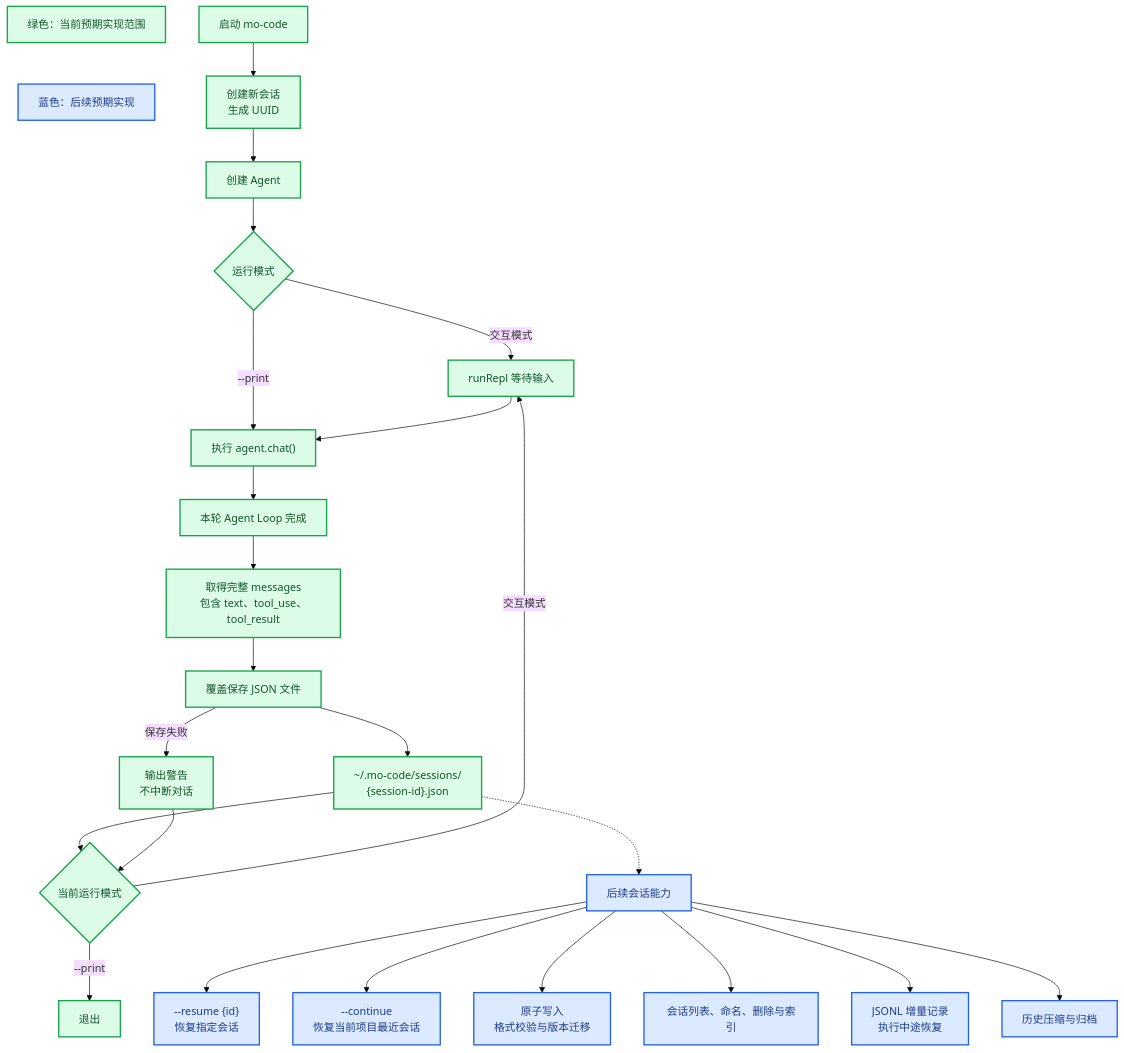
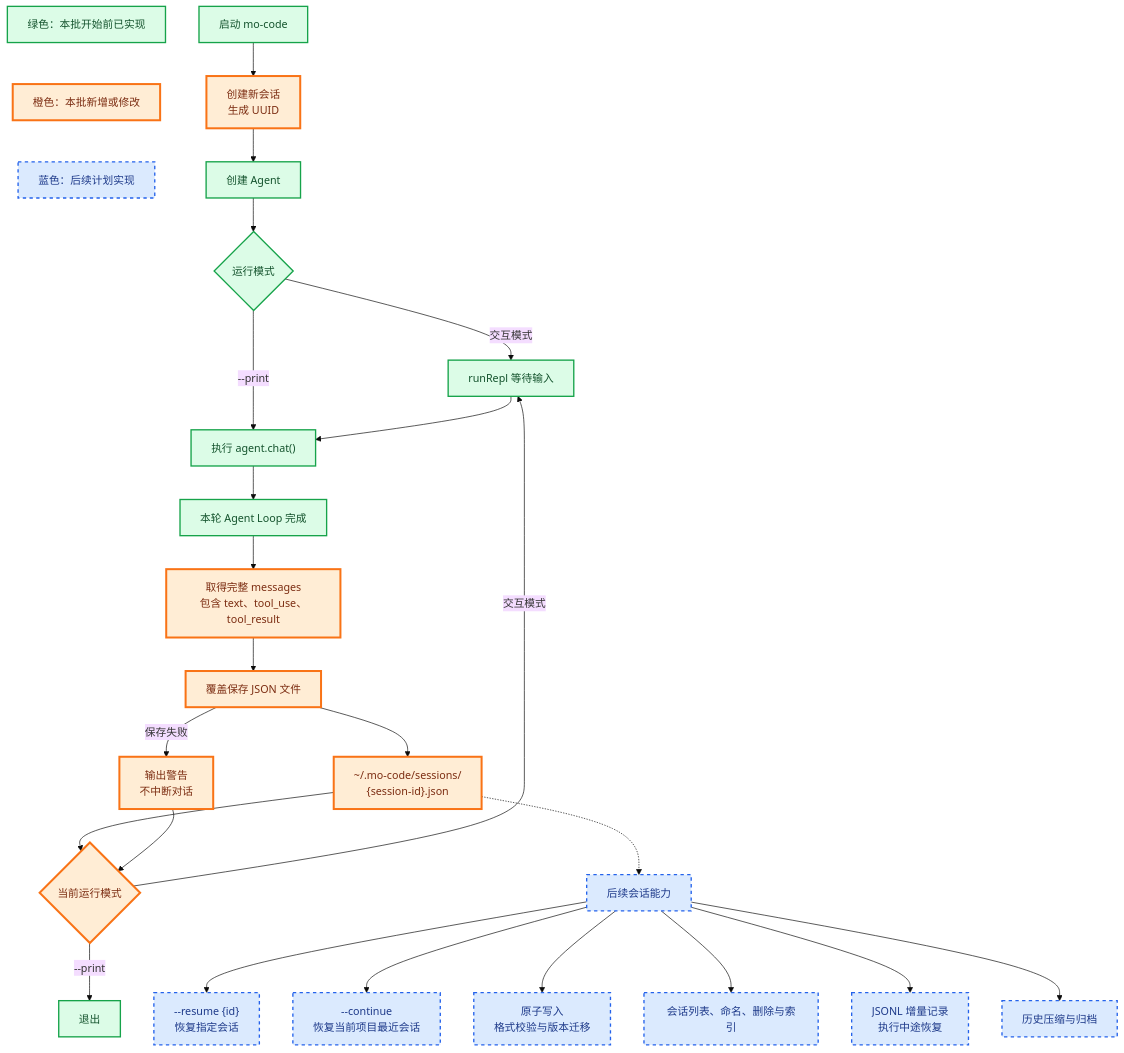
Before and after one commit to wenxuezj-design/mo-code: the third of 5 diagrams in docs/notes/0.4 CLI 与会话 实现笔记.md, drawn with Mermaid (base theme). The commit also changed other lines of this file and 5 other files, not shown here.

````diff
--- a/docs/notes/0.4 CLI 与会话 实现笔记.md
+++ b/docs/notes/0.4 CLI 与会话 实现笔记.md
@@ -201,37 +204,39 @@
 ```mermaid
 flowchart TD
-    LEGEND_NOW["绿色：当前预期实现范围"] ~~~ LEGEND_LATER["蓝色：后续预期实现"]
+    LEGEND_EXISTING["绿色：本批开始前已实现"] ~~~ LEGEND_CHANGED["橙色：本批新增或修改"] ~~~ LEGEND_FUTURE["蓝色：后续计划实现"]
 
     START["启动 mo-code"] --> SESSION["创建新会话<br/>生成 UUID"]
     SESSION --> AGENT["创建 Agent"]
     AGENT --> MODE{"运行模式"}
 
     MODE -->|"交互模式"| INPUT["runRepl 等待输入"]
     MODE -->|"--print"| CHAT["执行 agent.chat()"]
 
     INPUT --> CHAT
     CHAT --> COMPLETE["本轮 Agent Loop 完成"]
     COMPLETE --> MESSAGES["取得完整 messages<br/>包含 text、tool_use、tool_result"]
     MESSAGES --> SAVE["覆盖保存 JSON 文件"]
     SAVE --> FILE["~/.mo-code/sessions/<br/>{session-id}.json"]
 
     SAVE -->|"保存失败"| WARN["输出警告<br/>不中断对话"]
     FILE --> AFTER_SAVE{"当前运行模式"}
     WARN --> AFTER_SAVE
     AFTER_SAVE -->|"交互模式"| INPUT
     AFTER_SAVE -->|"--print"| END["退出"]
 
     FILE -.-> FUTURE["后续会话能力"]
     FUTURE --> RESUME["--resume {id}<br/>恢复指定会话"]
     FUTURE --> CONTINUE["--continue<br/>恢复当前项目最近会话"]
     FUTURE --> RELIABILITY["原子写入<br/>格式校验与版本迁移"]
     FUTURE --> MANAGE["会话列表、命名、删除与索引"]
     FUTURE --> JSONL["JSONL 增量记录<br/>执行中途恢复"]
     FUTURE --> COMPACT["历史压缩与归档"]
 
-    classDef current fill:#dcfce7,stroke:#16a34a,color:#14532d,stroke-width:2px;
-    classDef future fill:#dbeafe,stroke:#2563eb,color:#1e3a8a,stroke-width:2px;
+    classDef existing fill:#dcfce7,stroke:#16a34a,color:#14532d,stroke-width:2px;
+    classDef changed fill:#ffedd5,stroke:#f97316,color:#7c2d12,stroke-width:3px;
+    classDef future fill:#dbeafe,stroke:#2563eb,color:#1e3a8a,stroke-width:2px,stroke-dasharray:5 5;
 
-    class LEGEND_NOW,START,SESSION,AGENT,MODE,INPUT,CHAT,COMPLETE,MESSAGES,SAVE,FILE,WARN,AFTER_SAVE,END current;
-    class LEGEND_LATER,FUTURE,RESUME,CONTINUE,RELIABILITY,MANAGE,JSONL,COMPACT future;
+    class LEGEND_EXISTING,START,AGENT,MODE,INPUT,CHAT,COMPLETE,END existing;
+    class LEGEND_CHANGED,SESSION,MESSAGES,SAVE,FILE,WARN,AFTER_SAVE changed;
+    class LEGEND_FUTURE,FUTURE,RESUME,CONTINUE,RELIABILITY,MANAGE,JSONL,COMPACT future;
 ```
````
